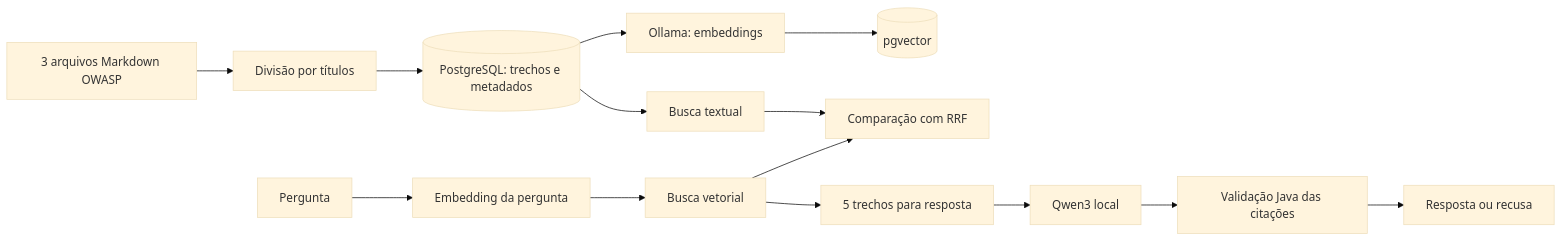
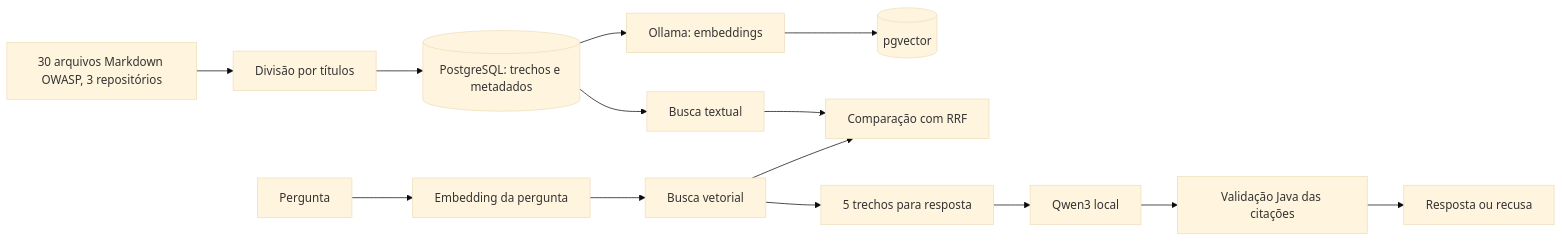
Before and after one commit to munhoz-iago/secdocs-rag: the diagram in GUIA_GERAL_SECDOCS_RAG.md, drawn with Mermaid (base theme). The commit also changed other lines of this file and 30 other files, not shown here.

````diff
--- a/GUIA_GERAL_SECDOCS_RAG.md
+++ b/GUIA_GERAL_SECDOCS_RAG.md
@@ -13,16 +13,16 @@
 ```mermaid
 flowchart LR
-  A[3 arquivos Markdown OWASP] --> B[Divisão por títulos]
+  A[30 arquivos Markdown OWASP, 3 repositórios] --> B[Divisão por títulos]
   B --> C[(PostgreSQL: trechos e metadados)]
   C --> D[Ollama: embeddings]
   D --> E[(pgvector)]
   F[Pergunta] --> G[Embedding da pergunta]
   G --> H[Busca vetorial]
   C --> I[Busca textual]
   H --> J[Comparação com RRF]
   I --> J
   H --> K[5 trechos para resposta]
   K --> L[Qwen3 local]
   L --> M[Validação Java das citações]
   M --> N[Resposta ou recusa]
 ```
````
